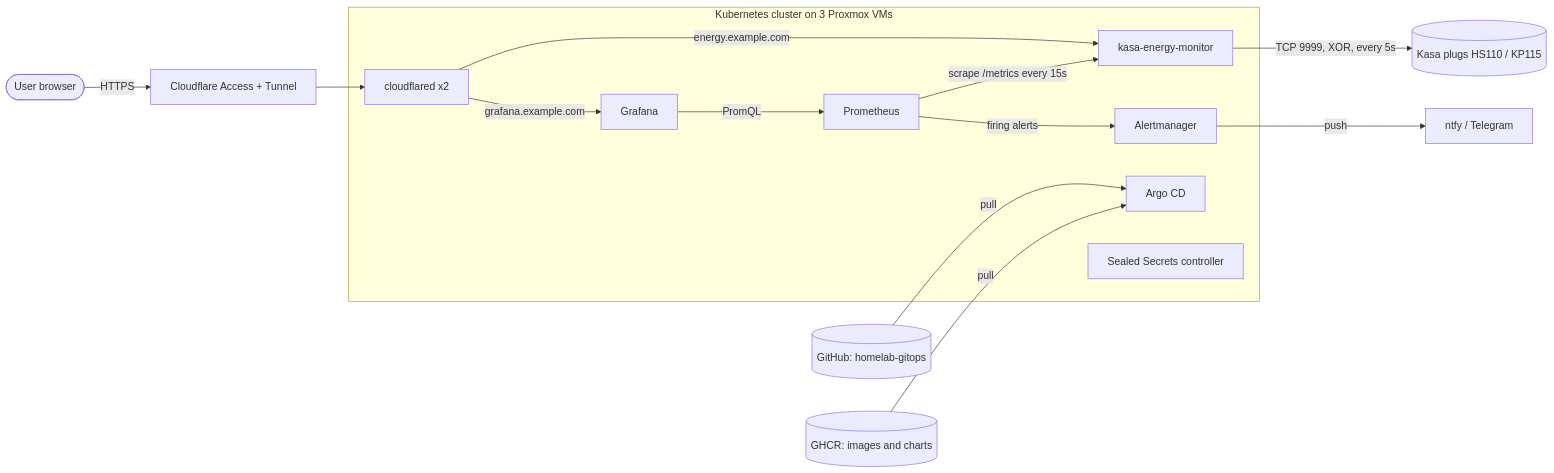
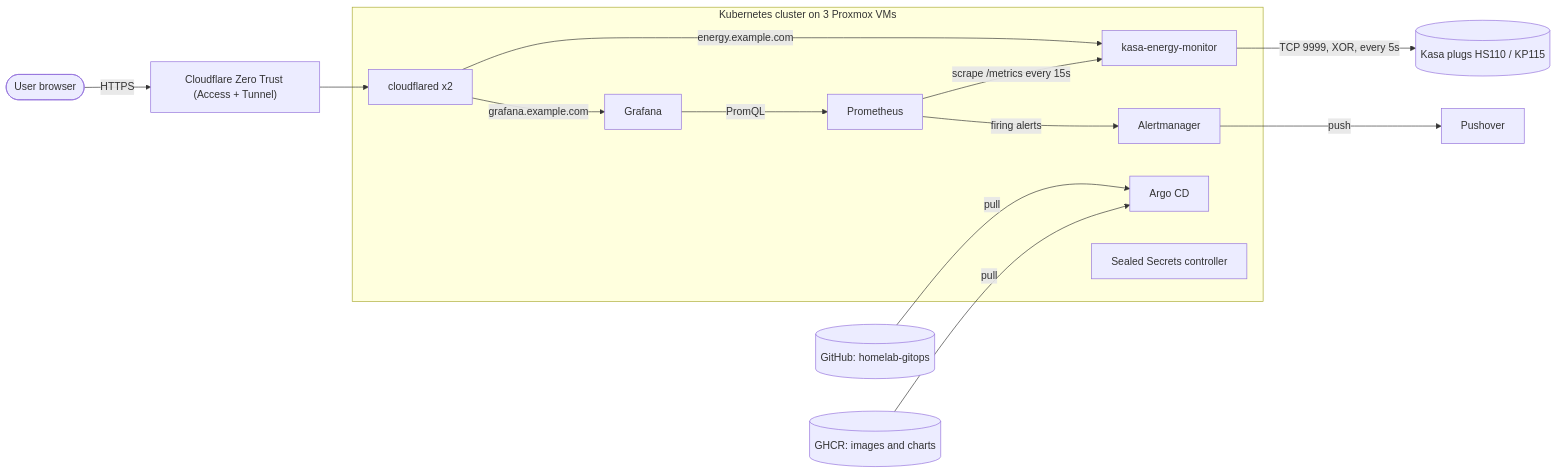
One commit to maxibit/skymap changed the first of 4 diagrams in kasa-energy-monitor/docs/architecture.md. Above: the diagram before and after it, drawn with Mermaid. The commit also changed other lines of this file and 8 other files, not shown here.

First line of the commit message:
docs: use Pushover for notifications and Cloudflare Zero Trust for access

````diff
--- a/kasa-energy-monitor/docs/architecture.md
+++ b/kasa-energy-monitor/docs/architecture.md
@@ -45,23 +45,23 @@
 ```mermaid
 flowchart LR
-  user([User browser]) -->|HTTPS| cf[Cloudflare Access + Tunnel]
+  user([User browser]) -->|HTTPS| cf["Cloudflare Zero Trust (Access + Tunnel)"]
   subgraph cluster[Kubernetes cluster on 3 Proxmox VMs]
     cfd[cloudflared x2]
     app[kasa-energy-monitor]
     prom[Prometheus]
     am[Alertmanager]
     graf[Grafana]
     argo[Argo CD]
     ss[Sealed Secrets controller]
   end
   cf --> cfd
   cfd -->|energy.example.com| app
   cfd -->|grafana.example.com| graf
   prom -->|"scrape /metrics every 15s"| app
   graf -->|PromQL| prom
   prom -->|firing alerts| am
-  am -->|push| notify[ntfy / Telegram]
+  am -->|push| notify[Pushover]
   app -->|"TCP 9999, XOR, every 5s"| plugs[(Kasa plugs HS110 / KP115)]
   gh[(GitHub: homelab-gitops)] -->|pull| argo
   ghcr[(GHCR: images and charts)] -->|pull| argo
 ```
````
